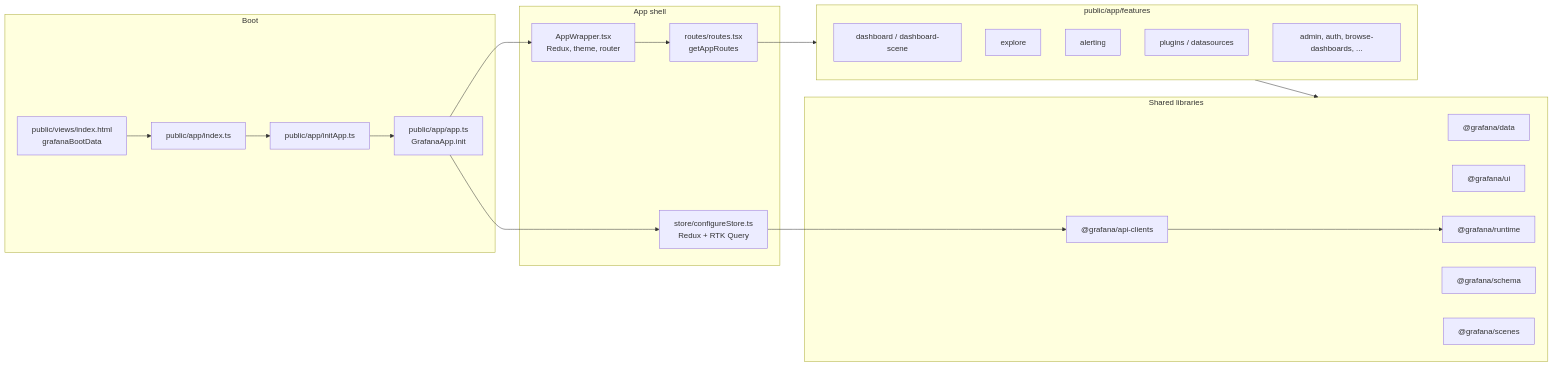
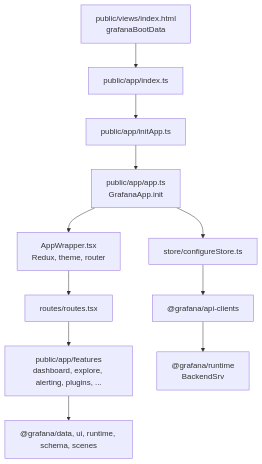
One commit to iamrita/grafana changed the second of 4 diagrams in contribute/architecture/overview.md. Above: the diagram before and after it, drawn with Mermaid.

Commit message:
Docs: simplify the frontend architecture diagram
Use a top-down boot path so the frontend diagram stays readable in GitHub Mermaid instead of a wide multi-subgraph layout.

````diff
--- a/contribute/architecture/overview.md
+++ b/contribute/architecture/overview.md
@@ -64,41 +64,14 @@
 ```mermaid
-flowchart LR
-    subgraph boot [Boot]
-        HTML["public/views/index.html<br/>grafanaBootData"]
-        Index["public/app/index.ts"]
-        Init["public/app/initApp.ts"]
-        App["public/app/app.ts<br/>GrafanaApp.init"]
-        HTML --> Index --> Init --> App
-    end
+flowchart TB
+    HTML["public/views/index.html<br/>grafanaBootData"] --> Index["public/app/index.ts"]
+    Index --> Init["public/app/initApp.ts"]
+    Init --> App["public/app/app.ts<br/>GrafanaApp.init"]
 
-    subgraph shell [App shell]
-        Wrapper["AppWrapper.tsx<br/>Redux, theme, router"]
-        Routes["routes/routes.tsx<br/>getAppRoutes"]
-        Store["store/configureStore.ts<br/>Redux + RTK Query"]
-        App --> Wrapper
-        Wrapper --> Routes
-        App --> Store
-    end
-
-    subgraph features [public/app/features]
-        Dash["dashboard / dashboard-scene"]
-        Explore["explore"]
-        Alert["alerting"]
-        PluginsFeat["plugins / datasources"]
-        Other["admin, auth, browse-dashboards, ..."]
-    end
-
-    subgraph shared [Shared libraries]
-        Data["@grafana/data"]
-        UI["@grafana/ui"]
-        Runtime["@grafana/runtime"]
-        Schema["@grafana/schema"]
-        Scenes["@grafana/scenes"]
-        APIClients["@grafana/api-clients"]
-    end
-
-    Routes --> features
-    features --> shared
-    Store --> APIClients
-    APIClients --> Runtime
+    App --> Wrapper["AppWrapper.tsx<br/>Redux, theme, router"]
+    App --> Store["store/configureStore.ts"]
+    Wrapper --> Routes["routes/routes.tsx"]
+    Routes --> Features["public/app/features<br/>dashboard, explore, alerting, plugins, ..."]
+    Store --> APIClients["@grafana/api-clients"]
+    Features --> Packages["@grafana/data, ui, runtime, schema, scenes"]
+    APIClients --> Runtime["@grafana/runtime<br/>BackendSrv"]
 ```
````
